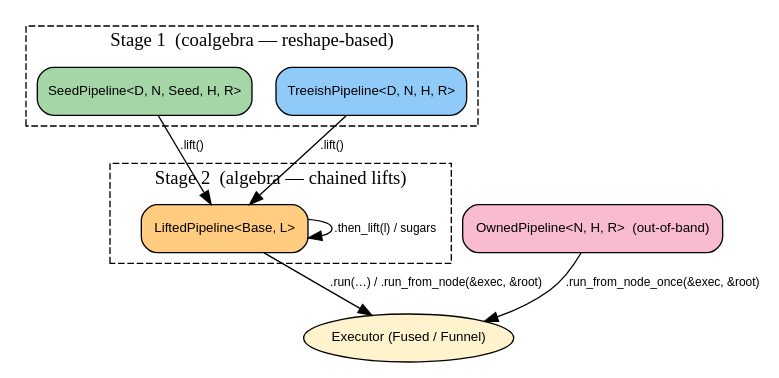
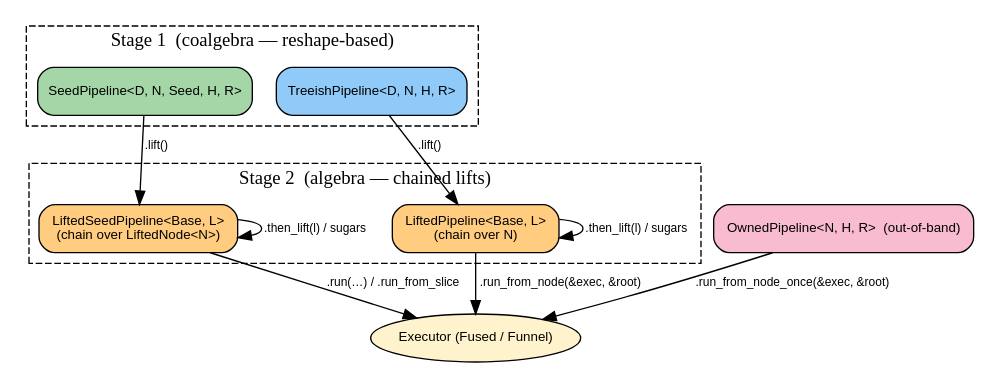
The diagram in book/src/pipeline/overview.md (hylic-recursion/hylic-docs), drawn with Graphviz before and after one commit. The commit also changed other lines of this file and 9 other files, not shown here.

````diff
--- a/book/src/pipeline/overview.md
+++ b/book/src/pipeline/overview.md
@@ -19,30 +19,33 @@
 ```dot process
 digraph {
     rankdir=TB;
     node [shape=box, style="rounded,filled", fontname="sans-serif", fontsize=10];
     edge [fontname="sans-serif", fontsize=9];
 
     subgraph cluster_s1 {
         label="Stage 1  (coalgebra — reshape-based)";
         style=dashed; color="#888";
         sp [label="SeedPipeline<D, N, Seed, H, R>", fillcolor="#a5d6a7"];
         tp [label="TreeishPipeline<D, N, H, R>",    fillcolor="#90caf9"];
     }
 
     subgraph cluster_s2 {
         label="Stage 2  (algebra — chained lifts)";
         style=dashed; color="#888";
-        lp [label="LiftedPipeline<Base, L>", fillcolor="#ffcc80"];
+        lsp [label="LiftedSeedPipeline<Base, L>\n(chain over LiftedNode<N>)", fillcolor="#ffcc80"];
+        lp  [label="LiftedPipeline<Base, L>\n(chain over N)",             fillcolor="#ffcc80"];
     }
 
     ob [label="OwnedPipeline<N, H, R>  (out-of-band)", fillcolor="#f8bbd0"];
 
-    sp -> lp [label=".lift()"];
-    tp -> lp [label=".lift()"];
-    lp -> lp [label=".then_lift(l) / sugars"];
+    sp -> lsp [label=".lift()"];
+    tp -> lp  [label=".lift()"];
+    lsp -> lsp [label=".then_lift(l) / sugars"];
+    lp  -> lp  [label=".then_lift(l) / sugars"];
 
     exec [label="Executor (Fused / Funnel)", shape=ellipse, fillcolor="#fff3cd"];
-    lp -> exec [label=".run(…) / .run_from_node(&exec, &root)"];
-    ob -> exec [label=".run_from_node_once(&exec, &root)"];
+    lsp -> exec [label=".run(…) / .run_from_slice"];
+    lp  -> exec [label=".run_from_node(&exec, &root)"];
+    ob  -> exec [label=".run_from_node_once(&exec, &root)"];
 }
 ```
````
